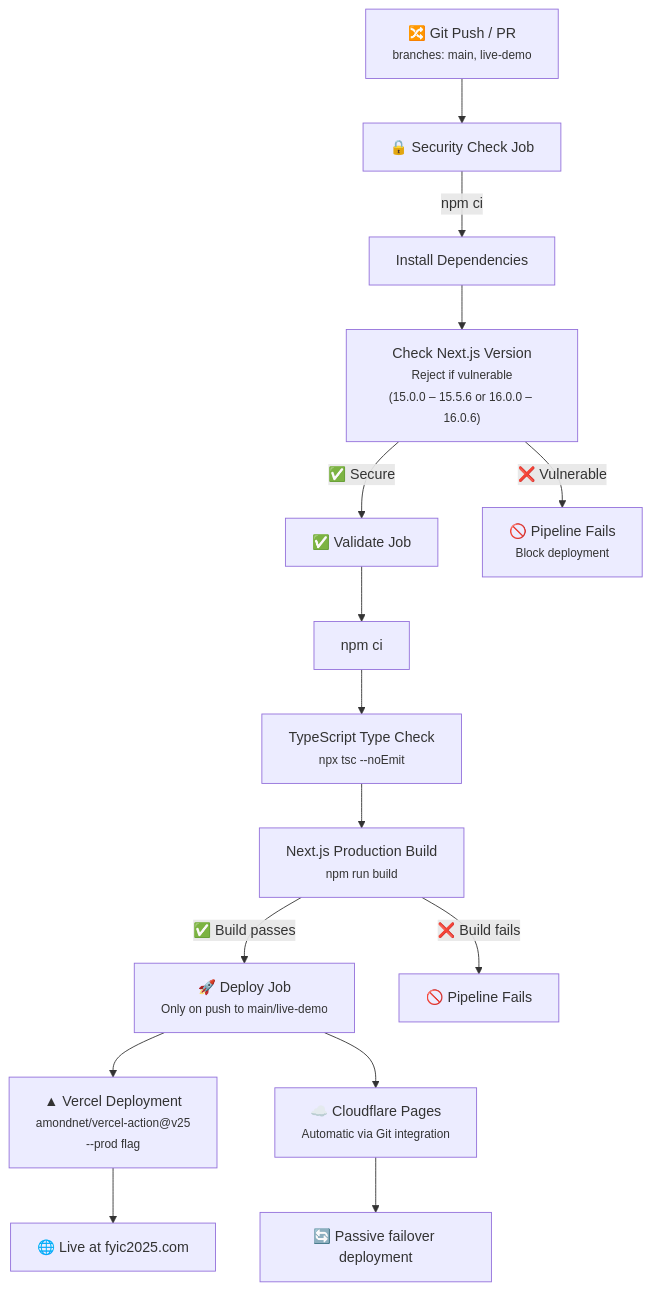
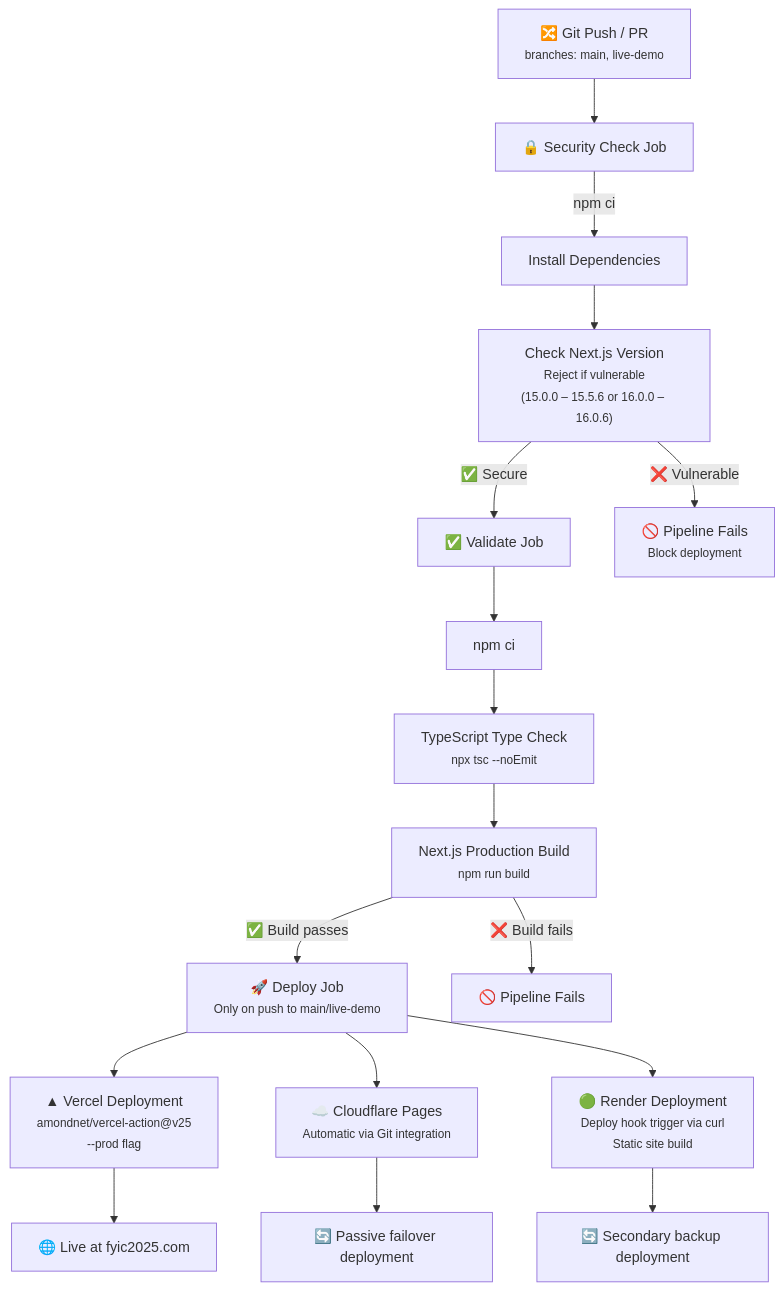
The fifth of 7 diagrams in README.md (johnnietse/2025-fyic), drawn with Mermaid before and after one commit. The commit also changed other lines of this file and 1 other file, not shown here.

Commit message:
feat: add Render.com as secondary backup deployment target in CI/CD pipeline

````diff
--- a/README.md
+++ b/README.md
@@ -274,24 +278,26 @@
 ```mermaid
 flowchart TD
     Push["🔀 Git Push / PR<br/><small>branches: main, live-demo</small>"]
 
     Push --> Security["🔒 Security Check Job"]
     Security --> |"npm ci"| InstallSec["Install Dependencies"]
     InstallSec --> CVECheck["Check Next.js Version<br/><small>Reject if vulnerable<br/>(15.0.0 – 15.5.6 or 16.0.0 – 16.0.6)</small>"]
 
     CVECheck --> |"✅ Secure"| Validate["✅ Validate Job"]
     CVECheck --> |"❌ Vulnerable"| Fail["🚫 Pipeline Fails<br/><small>Block deployment</small>"]
 
     Validate --> InstallVal["npm ci"]
     InstallVal --> TypeCheck["TypeScript Type Check<br/><small>npx tsc --noEmit</small>"]
     TypeCheck --> Build["Next.js Production Build<br/><small>npm run build</small>"]
 
     Build --> |"✅ Build passes"| Deploy["🚀 Deploy Job<br/><small>Only on push to main/live-demo</small>"]
     Build --> |"❌ Build fails"| FailBuild["🚫 Pipeline Fails"]
 
     Deploy --> VercelDeploy["▲ Vercel Deployment<br/><small>amondnet/vercel-action@v25</small><br/><small>--prod flag</small>"]
     Deploy --> CFDeploy["☁️ Cloudflare Pages<br/><small>Automatic via Git integration</small>"]
+    Deploy --> RenderDeploy["🟢 Render Deployment<br/><small>Deploy hook trigger via curl</small><br/><small>Static site build</small>"]
 
     VercelDeploy --> Live["🌐 Live at fyic2025.com"]
     CFDeploy --> Backup["🔄 Passive failover deployment"]
+    RenderDeploy --> RenderBackup["🔄 Secondary backup deployment"]
 ```
````
